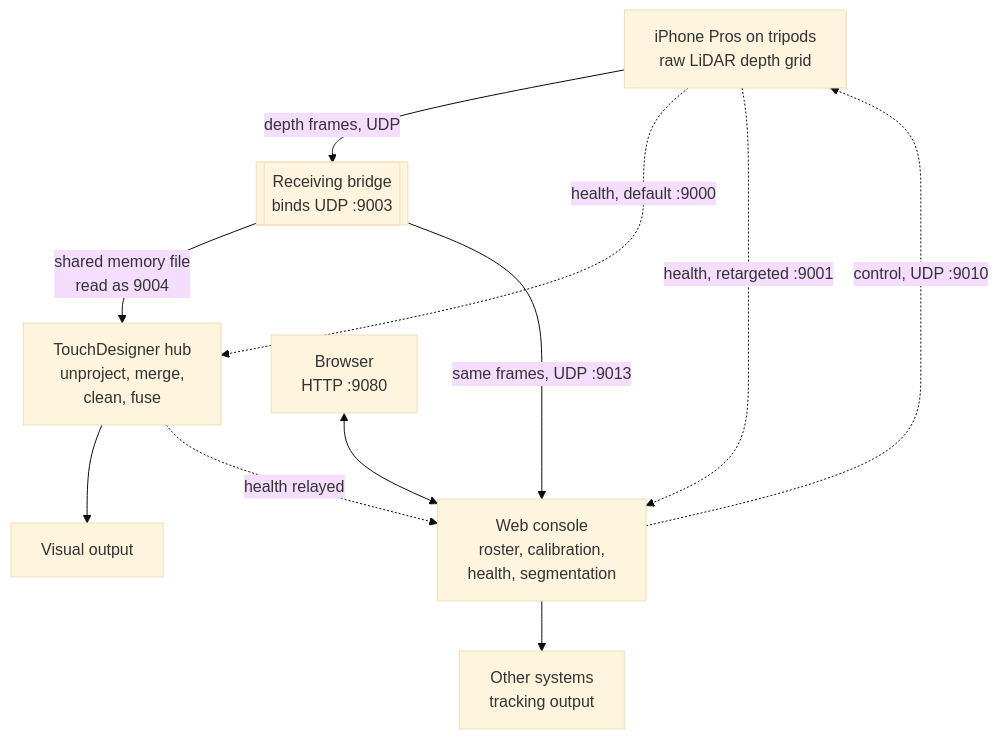
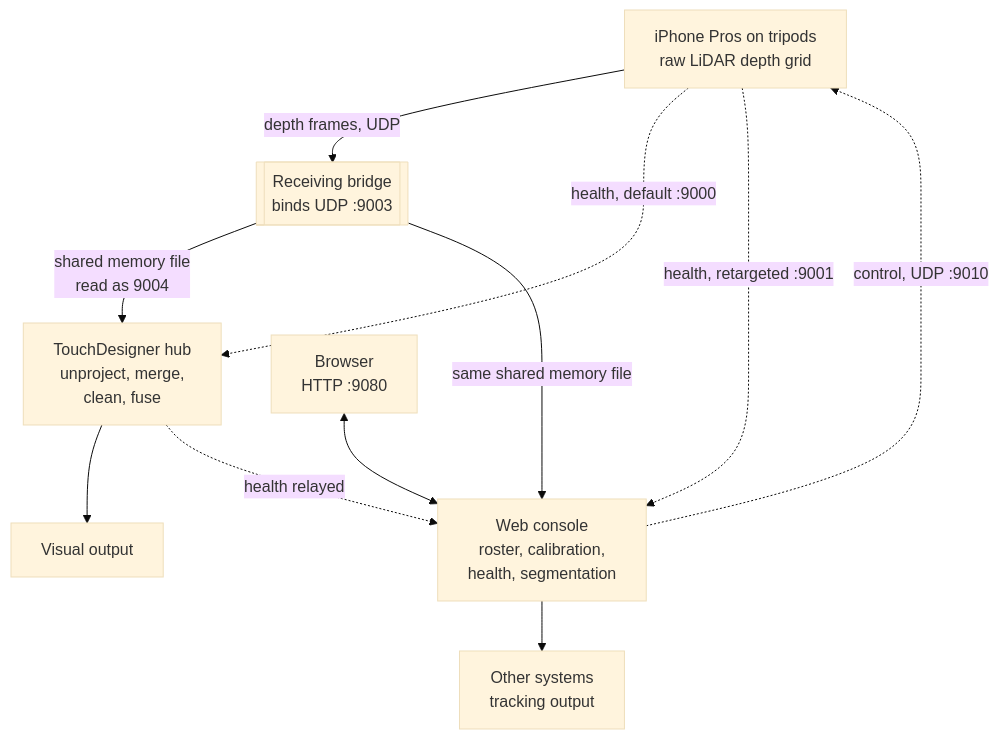
Before and after one commit to AristidesAI/TDStage-Docs: the diagram in index.md, drawn with Mermaid (base theme). The commit also changed other lines of this file and 22 other files, not shown here.

````diff
--- a/index.md
+++ b/index.md
@@ -25,21 +25,21 @@
 ```mermaid
 flowchart TD
   PH["iPhone Pros on tripods<br/>raw LiDAR depth grid"]
   BR[["Receiving bridge<br/>binds UDP :9003"]]
   TD["TouchDesigner hub<br/>unproject, merge,<br/>clean, fuse"]
   CON["Web console<br/>roster, calibration,<br/>health, segmentation"]
   VIS["Visual output"]
   OUT["Other systems<br/>tracking output"]
   BROW["Browser<br/>HTTP :9080"]
 
   PH -- "depth frames, UDP" --> BR
   BR -- "shared memory file<br/>read as 9004" --> TD
-  BR -- "same frames, UDP :9013" --> CON
+  BR -- "same shared memory file" --> CON
   TD --> VIS
   CON --> OUT
   BROW <--> CON
   PH -. "health, default :9000" .-> TD
   TD -. "health relayed" .-> CON
   PH -. "health, retargeted :9001" .-> CON
   CON -. "control, UDP :9010" .-> PH
 ```
````
